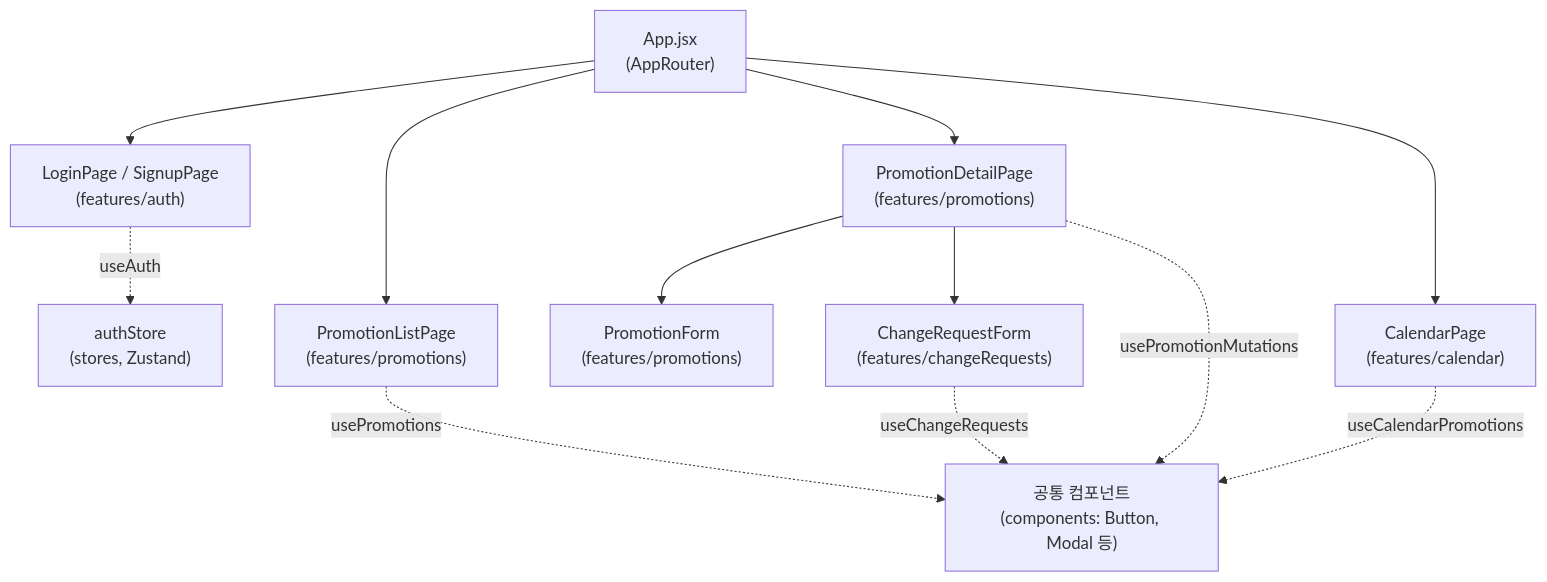
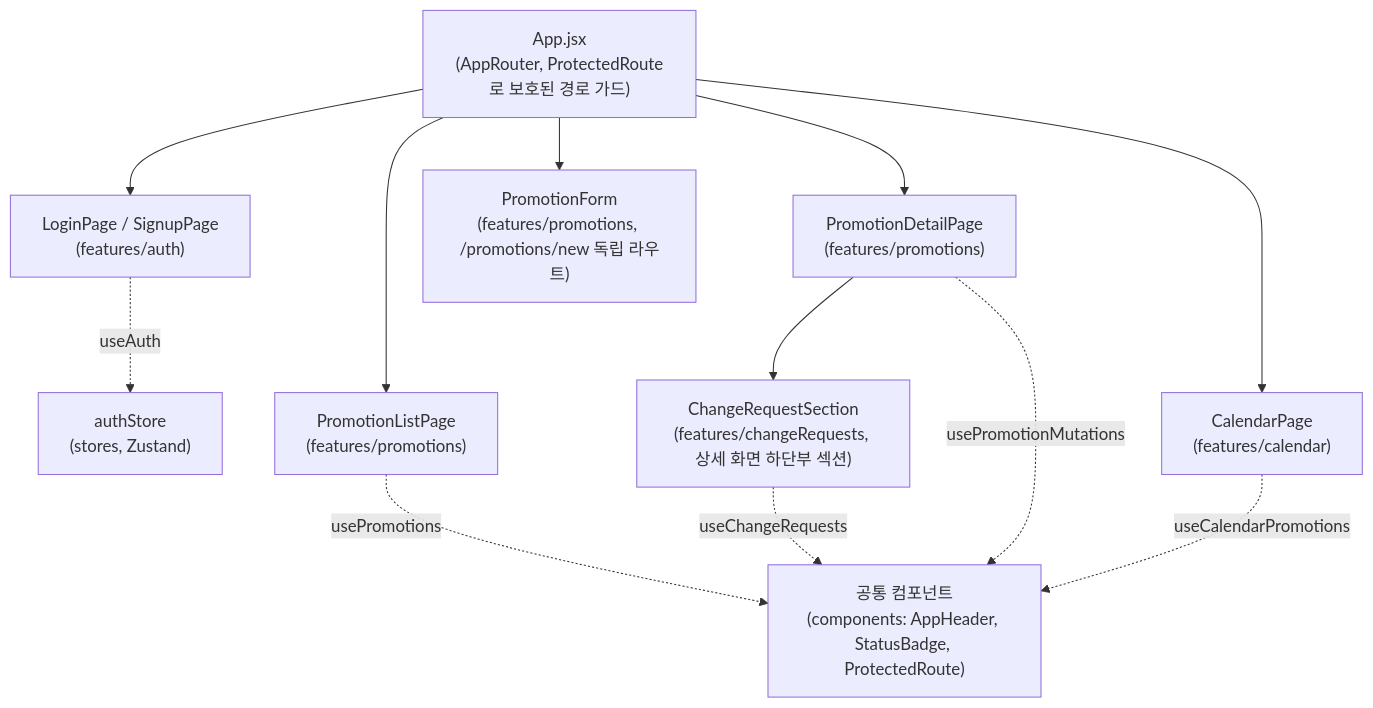
The third of 3 diagrams in docs/6-arch-diagram.md (spongood99-spec/b2b-promo), drawn with Mermaid before and after one commit. The commit also changed other lines of this file and 47 other files, not shown here.

````diff
--- a/docs/6-arch-diagram.md
+++ b/docs/6-arch-diagram.md
@@ -53,19 +53,19 @@
 ```mermaid
 flowchart TD
-    App["App.jsx<br/>(AppRouter)"]
+    App["App.jsx<br/>(AppRouter, ProtectedRoute로 보호된 경로 가드)"]
 
     App --> LoginPage["LoginPage / SignupPage<br/>(features/auth)"]
     App --> PromotionListPage["PromotionListPage<br/>(features/promotions)"]
+    App --> PromotionForm["PromotionForm<br/>(features/promotions, /promotions/new 독립 라우트)"]
     App --> PromotionDetailPage["PromotionDetailPage<br/>(features/promotions)"]
     App --> CalendarPage["CalendarPage<br/>(features/calendar)"]
 
     LoginPage -.->|useAuth| AuthStore["authStore<br/>(stores, Zustand)"]
 
-    PromotionListPage -.->|usePromotions| Common["공통 컴포넌트<br/>(components: Button, Modal 등)"]
-    PromotionDetailPage --> PromotionForm["PromotionForm<br/>(features/promotions)"]
-    PromotionDetailPage --> ChangeRequestForm["ChangeRequestForm<br/>(features/changeRequests)"]
+    PromotionListPage -.->|usePromotions| Common["공통 컴포넌트<br/>(components: AppHeader, StatusBadge, ProtectedRoute)"]
+    PromotionDetailPage --> ChangeRequestSection["ChangeRequestSection<br/>(features/changeRequests, 상세 화면 하단부 섹션)"]
     PromotionDetailPage -.->|usePromotionMutations| Common
-    ChangeRequestForm -.->|useChangeRequests| Common
+    ChangeRequestSection -.->|useChangeRequests| Common
 
     CalendarPage -.->|useCalendarPromotions| Common
 ```
````
